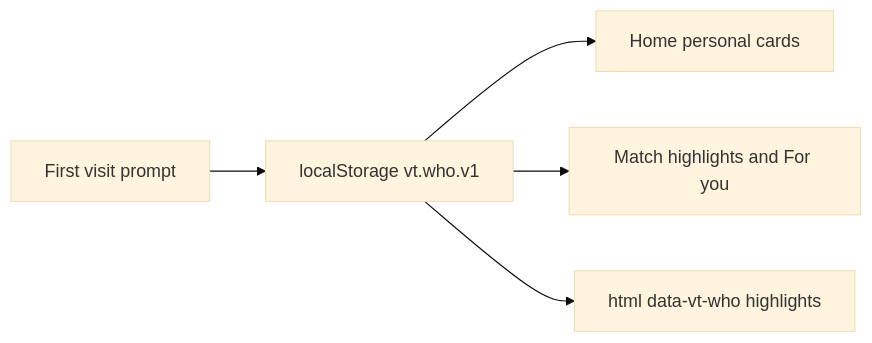
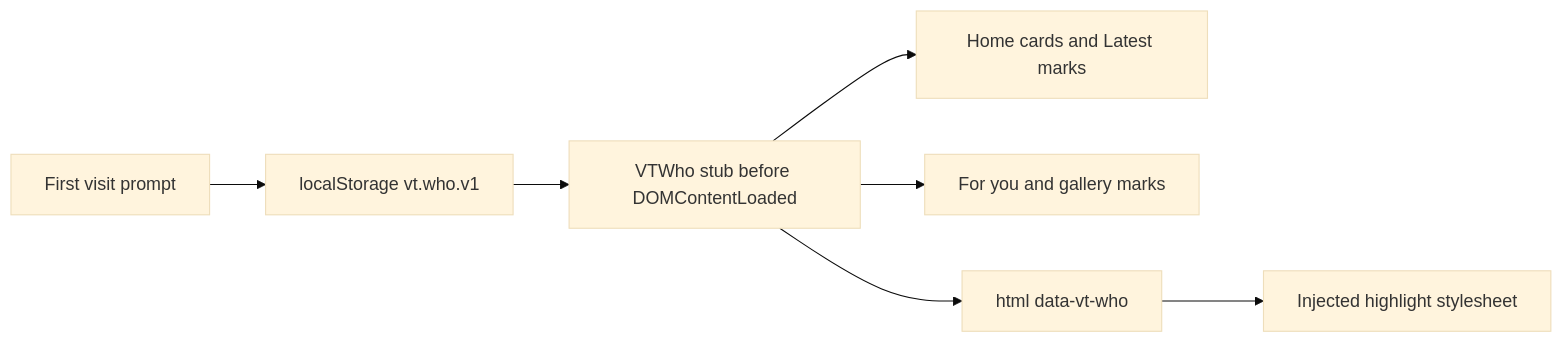
One commit to sevsunday/vt-stats changed the diagram in .cursor/plans/who_am_i_839cceb4.plan.md. Above: the diagram before and after it, drawn with Mermaid (base theme). The commit also changed other lines of this file, not shown here.

````diff
--- a/.cursor/plans/who_am_i_839cceb4.plan.md
+++ b/.cursor/plans/who_am_i_839cceb4.plan.md
@@ -30,7 +30,9 @@
 ```mermaid
 flowchart LR
   prompt[First visit prompt] --> store["localStorage vt.who.v1"]
-  store --> home[Home personal cards]
-  store --> match[Match highlights and For you]
-  store --> paint["html data-vt-who highlights"]
+  store --> stub[VTWho stub before DOMContentLoaded]
+  stub --> home[Home cards and Latest marks]
+  stub --> match[For you and gallery marks]
+  stub --> paint["html data-vt-who"]
+  paint --> css[Injected highlight stylesheet]
 ```
````
